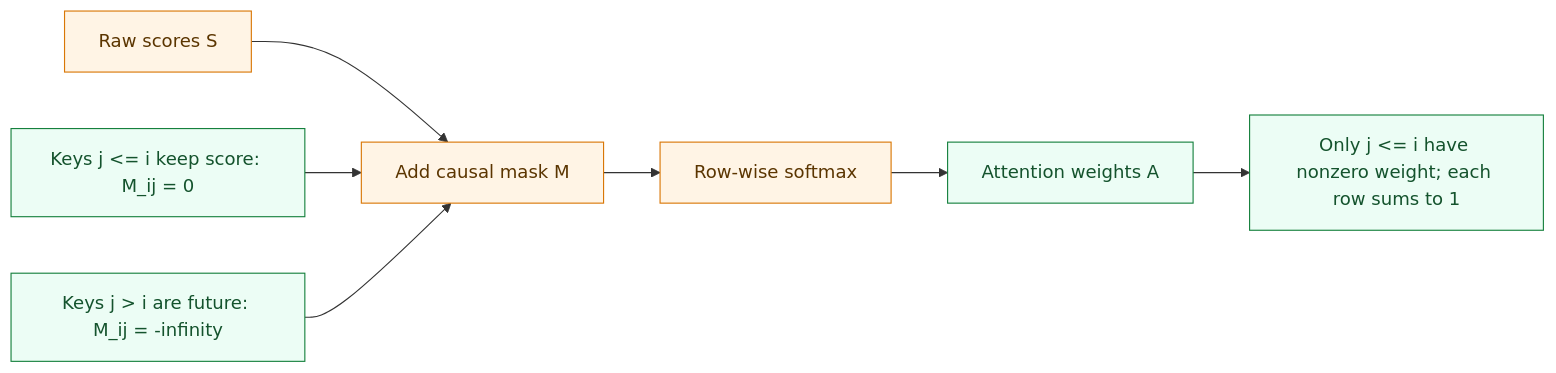
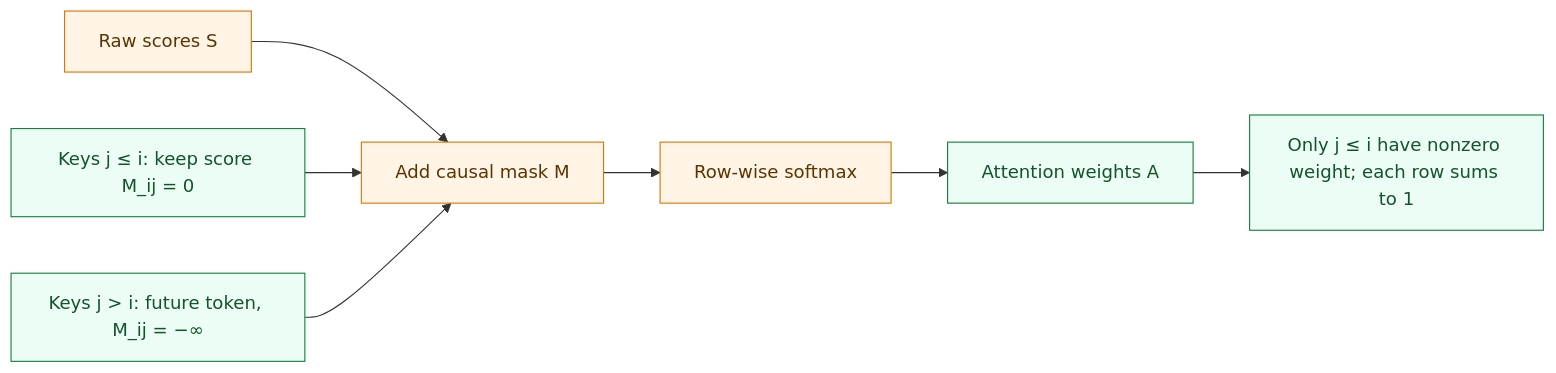
One commit to hrmiitm/llm changed the diagram in portal/public/assets/causal-mask.mmd. Above: the diagram before and after it, drawn with Mermaid. The commit also changed 12 other files, not shown here.

First line of the commit message:
fix: repair mermaid diagram rendering everywhere

```diff
--- a/portal/public/assets/causal-mask.mmd
+++ b/portal/public/assets/causal-mask.mmd
@@ -1,13 +1,13 @@
 flowchart LR
     Scores[Raw scores S] --> Mask[Add causal mask M]
     Mask --> Softmax[Row-wise softmax]
     Softmax --> Weights[Attention weights A]
 
-    Allowed[Keys j <= i keep score: M_ij = 0] --> Mask
-    Future[Keys j > i are future: M_ij = -infinity] --> Mask
-    Weights --> Result[Only j <= i have nonzero weight; each row sums to 1]
+    Allowed["Keys j ≤ i: keep score M_ij = 0"] --> Mask
+    Future["Keys j > i: future token, M_ij = −∞"] --> Mask
+    Weights --> Result["Only j ≤ i have nonzero weight; each row sums to 1"]
 
     classDef op fill:#fff4e5,stroke:#d97706,color:#5b3500;
     classDef result fill:#ecfdf5,stroke:#15803d,color:#14532d;
     class Scores,Mask,Softmax op;
     class Weights,Result,Allowed,Future result;
```
